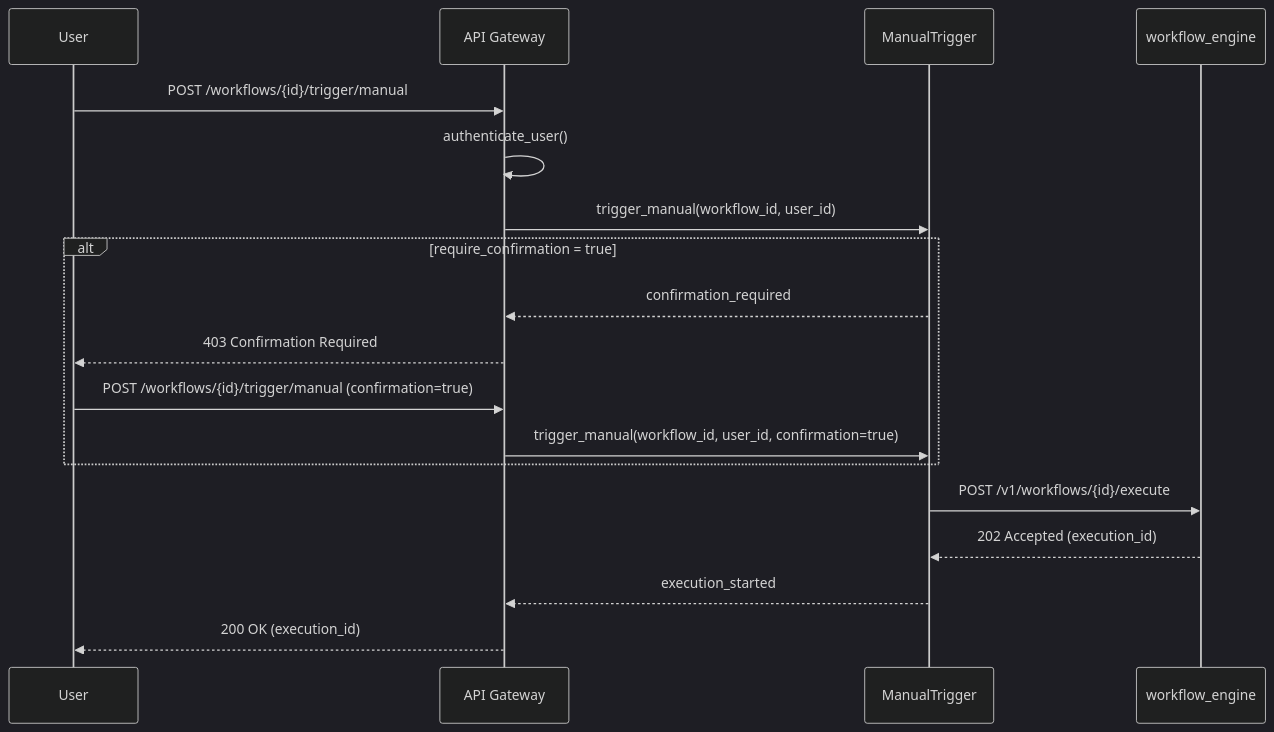
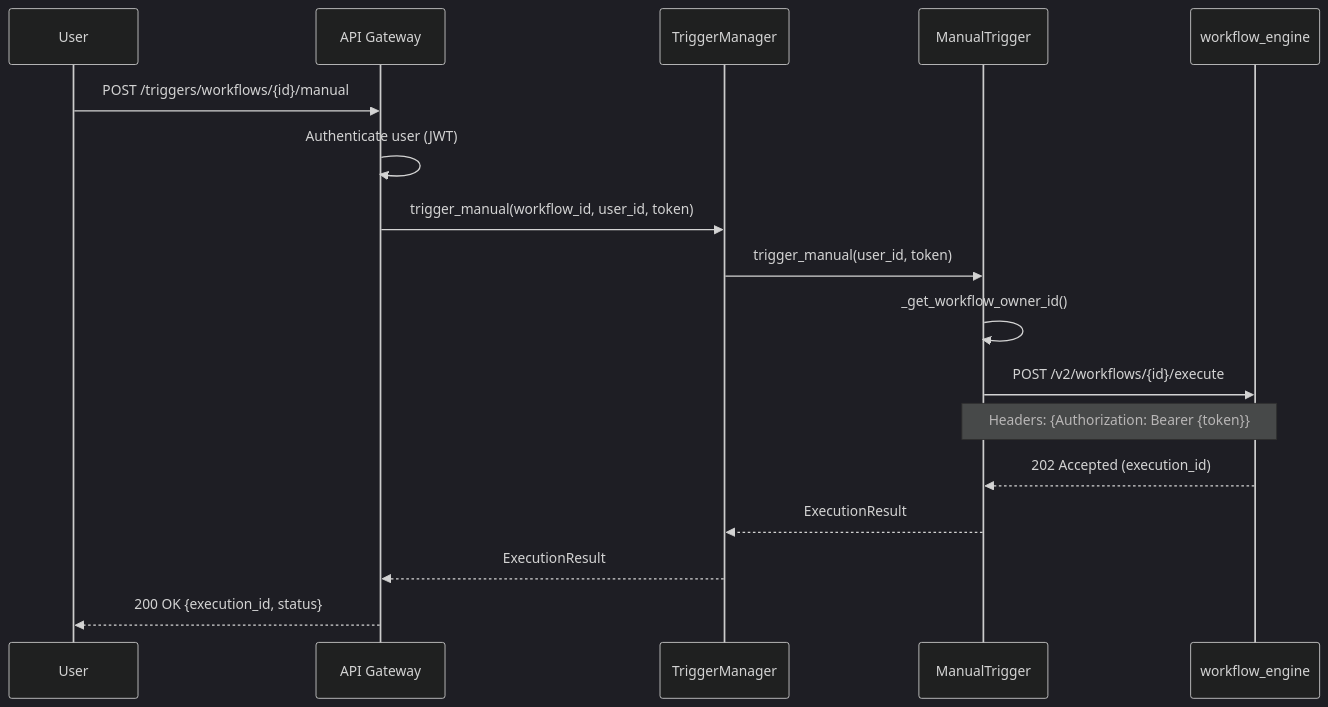
The sixth of 9 diagrams in docs/tech-design/workflow-scheduler-architecture.md (CurvatureX/agent_team_monorepo), drawn with Mermaid (dark theme) before and after one commit. The commit also changed other lines of this file and 22 other files, not shown here.

````diff
--- a/docs/tech-design/workflow-scheduler-architecture.md
+++ b/docs/tech-design/workflow-scheduler-architecture.md
@@ -884,23 +627,21 @@
 ```mermaid
 sequenceDiagram
     participant User
     participant Gateway as API Gateway
+    participant TriggerMgr as TriggerManager
     participant Manual as ManualTrigger
     participant Engine as workflow_engine
 
-    User->>Gateway: POST /workflows/{id}/trigger/manual
-    Gateway->>Gateway: authenticate_user()
-    Gateway->>Manual: trigger_manual(workflow_id, user_id)
+    User->>Gateway: POST /triggers/workflows/{id}/manual
+    Gateway->>Gateway: Authenticate user (JWT)
+    Gateway->>TriggerMgr: trigger_manual(workflow_id, user_id, token)
 
-    alt require_confirmation = true
-        Manual-->>Gateway: confirmation_required
-        Gateway-->>User: 403 Confirmation Required
-        User->>Gateway: POST /workflows/{id}/trigger/manual (confirmation=true)
-        Gateway->>Manual: trigger_manual(workflow_id, user_id, confirmation=true)
-    end
-
-    Manual->>Engine: POST /v1/workflows/{id}/execute
+    TriggerMgr->>Manual: trigger_manual(user_id, token)
+    Manual->>Manual: _get_workflow_owner_id()
+    Manual->>Engine: POST /v2/workflows/{id}/execute
+    Note over Manual,Engine: Headers: {Authorization: Bearer {token}}
     Engine-->>Manual: 202 Accepted (execution_id)
-    Manual-->>Gateway: execution_started
-    Gateway-->>User: 200 OK (execution_id)
+    Manual-->>TriggerMgr: ExecutionResult
+    TriggerMgr-->>Gateway: ExecutionResult
+    Gateway-->>User: 200 OK {execution_id, status}
 ```
````
